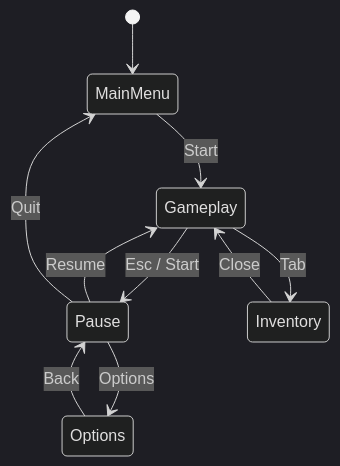
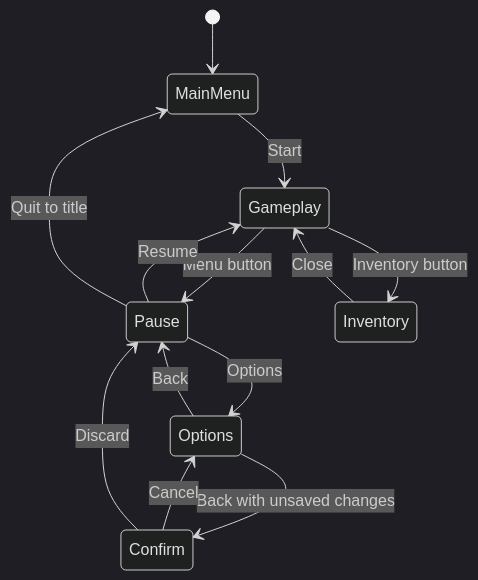
The second of 6 diagrams in github-pages/docs/gamedev/ui-design.md (AndrewAltimit/Documentation), drawn with Mermaid (dark theme) before and after one commit. The commit also changed other lines of this file and 240 other files, not shown here.

````diff
--- a/github-pages/docs/gamedev/ui-design.md
+++ b/github-pages/docs/gamedev/ui-design.md
@@ -100,12 +111,15 @@
 ```mermaid
 stateDiagram-v2
     [*] --> MainMenu
     MainMenu --> Gameplay: Start
-    Gameplay --> Pause: Esc / Start
+    Gameplay --> Pause: Menu button
     Pause --> Gameplay: Resume
     Pause --> Options: Options
+    Options --> Confirm: Back with unsaved changes
+    Confirm --> Options: Cancel
+    Confirm --> Pause: Discard
     Options --> Pause: Back
-    Pause --> MainMenu: Quit
-    Gameplay --> Inventory: Tab
+    Pause --> MainMenu: Quit to title
+    Gameplay --> Inventory: Inventory button
     Inventory --> Gameplay: Close
 ```
````
